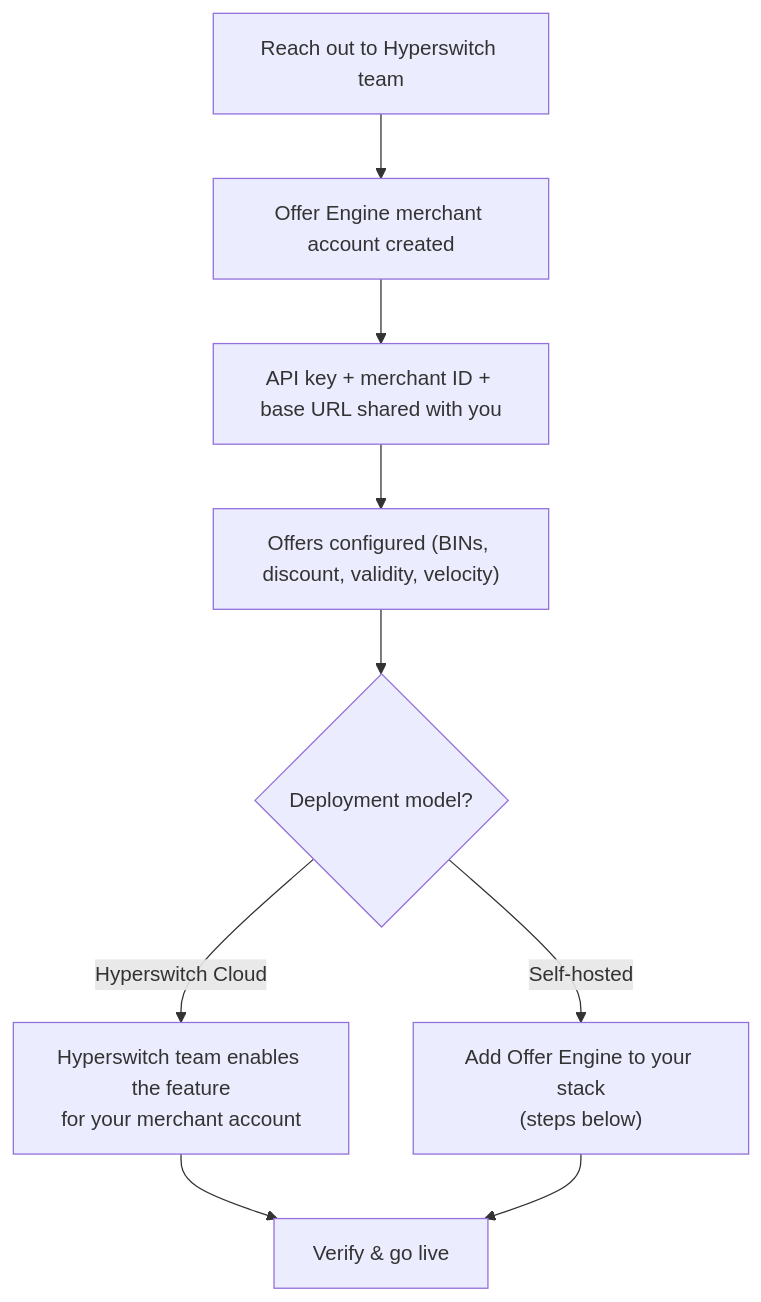
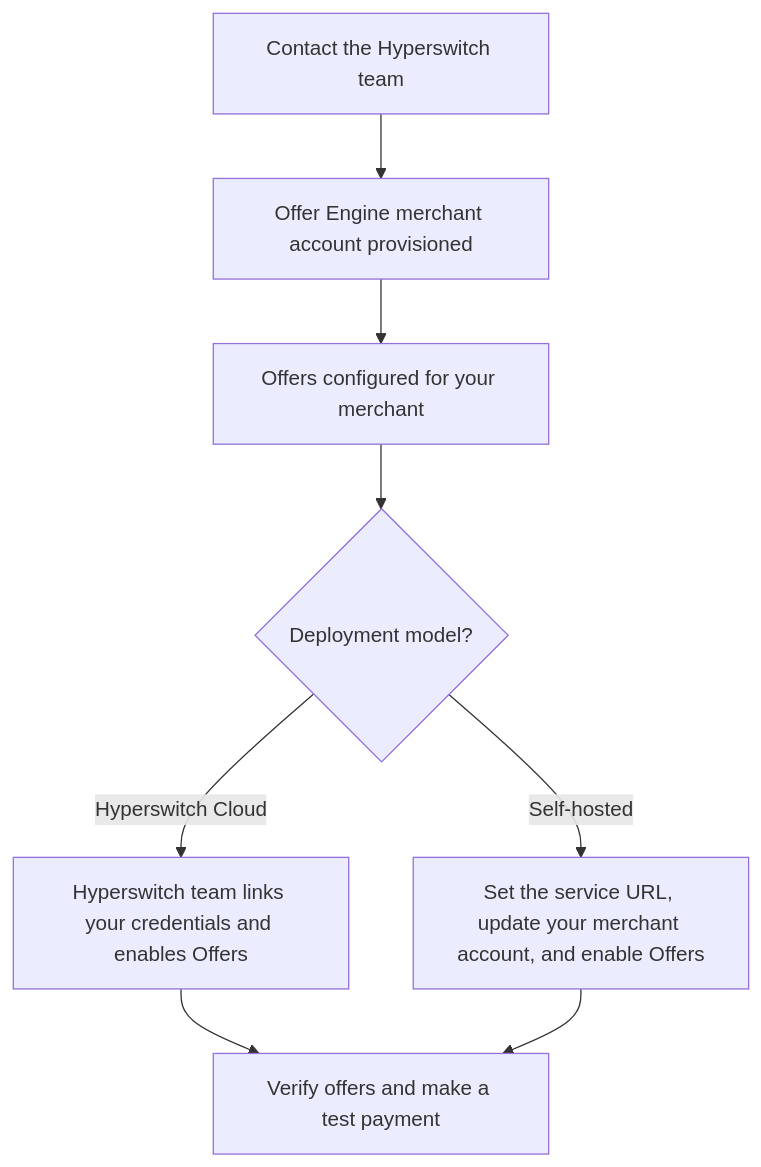
The diagram in other-features/offer-engine/setup-guide.md (juspay/hyperswitch-docs), drawn with Mermaid before and after one commit. The commit also changed other lines of this file, not shown here.

````diff
--- a/other-features/offer-engine/setup-guide.md
+++ b/other-features/offer-engine/setup-guide.md
@@ -21,11 +23,10 @@
 ```mermaid
 flowchart TD
-    A["Reach out to Hyperswitch team"] --> B["Offer Engine merchant account created"]
-    B --> C["API key + merchant ID + base URL shared with you"]
-    C --> D["Offers configured (BINs, discount, validity, velocity)"]
-    D --> E{Deployment model?}
-    E -- "Hyperswitch Cloud" --> F["Hyperswitch team enables the feature<br/>for your merchant account"]
-    E -- "Self-hosted" --> G["Add Offer Engine to your stack<br/>(steps below)"]
-    F --> H["Verify & go live"]
-    G --> H
+    A["Contact the Hyperswitch team"] --> B["Offer Engine merchant account provisioned"]
+    B --> C["Offers configured for your merchant"]
+    C --> D{Deployment model?}
+    D -- "Hyperswitch Cloud" --> E["Hyperswitch team links your credentials and enables Offers"]
+    D -- "Self-hosted" --> F["Set the service URL, update your merchant account, and enable Offers"]
+    E --> G["Verify offers and make a test payment"]
+    F --> G
 ```
````
